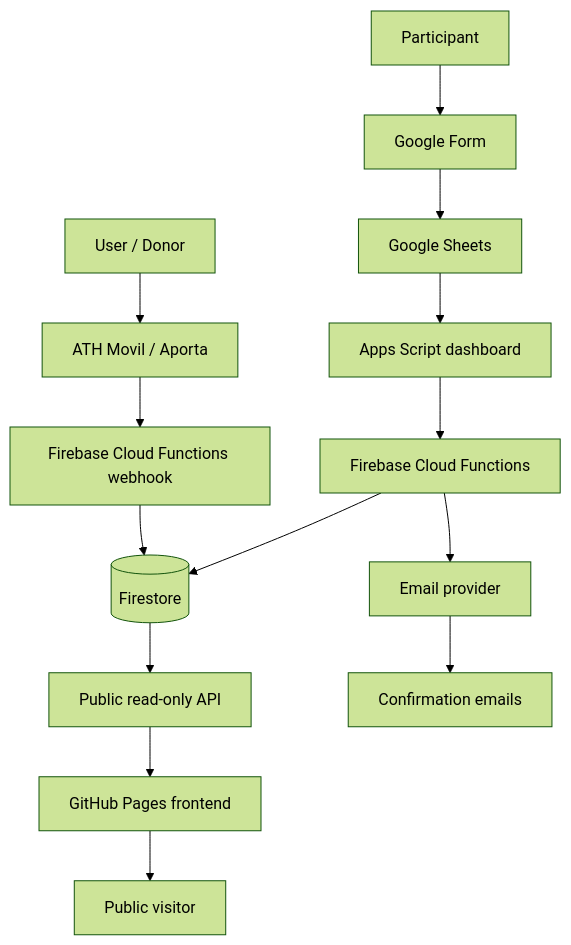
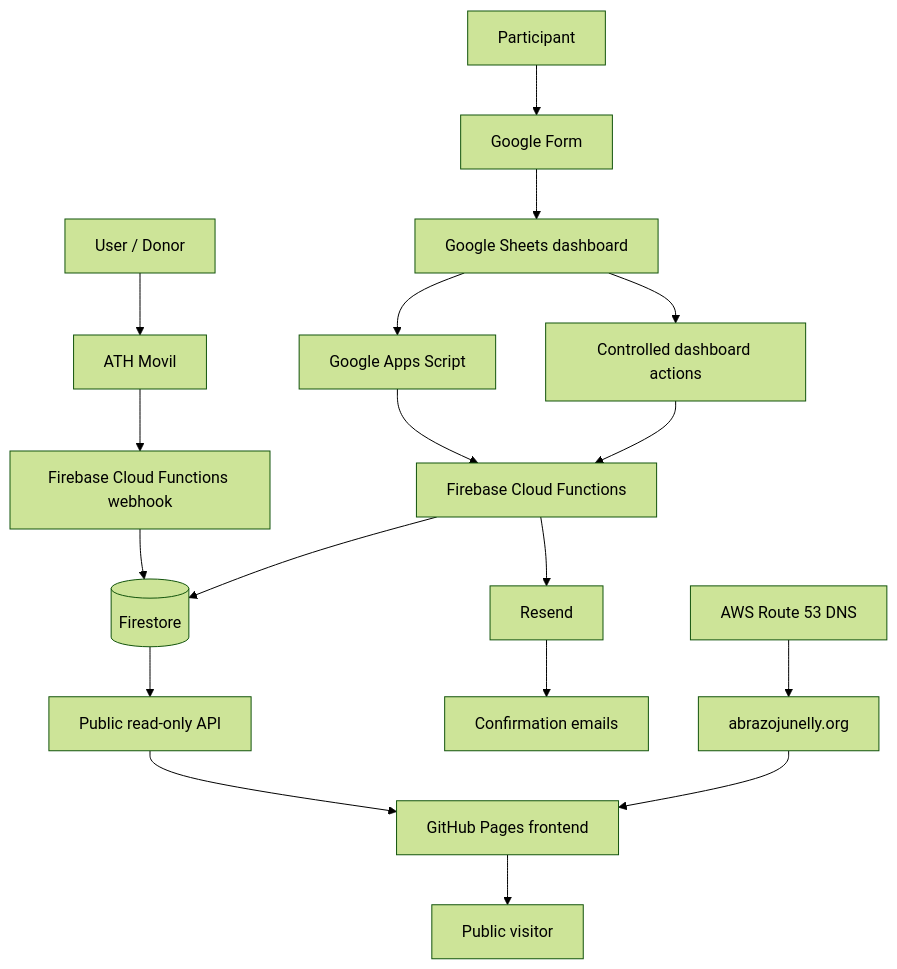
One commit to Janiel777/abrazo-junelly-frontend changed the diagram in README.md. Above: the diagram before and after it, drawn with Mermaid (forest theme). The commit also changed other lines of this file and 7 other files, not shown here.

````diff
--- a/README.md
+++ b/README.md
@@ -118,19 +121,25 @@
 ```mermaid
 flowchart TD
-  donor[User / Donor] --> ath[ATH Movil / Aporta]
+  donor[User / Donor] --> ath[ATH Movil]
   ath --> webhook[Firebase Cloud Functions webhook]
   webhook --> firestore[(Firestore)]
 
   participant[Participant] --> form[Google Form]
-  form --> sheets[Google Sheets]
-  sheets --> apps[Apps Script dashboard]
+  form --> sheets[Google Sheets dashboard]
+  sheets --> apps[Google Apps Script]
   apps --> functions[Firebase Cloud Functions]
   functions --> firestore
+
+  sheets --> dashboardActions[Controlled dashboard actions]
+  dashboardActions --> functions
 
   firestore --> api[Public read-only API]
   api --> frontend[GitHub Pages frontend]
   frontend --> visitor[Public visitor]
 
-  functions --> emailProvider[Email provider]
-  emailProvider --> emails[Confirmation emails]
+  functions --> resend[Resend]
+  resend --> emails[Confirmation emails]
+
+  route53[AWS Route 53 DNS] --> domain[abrazojunelly.org]
+  domain --> frontend
 ```
````
